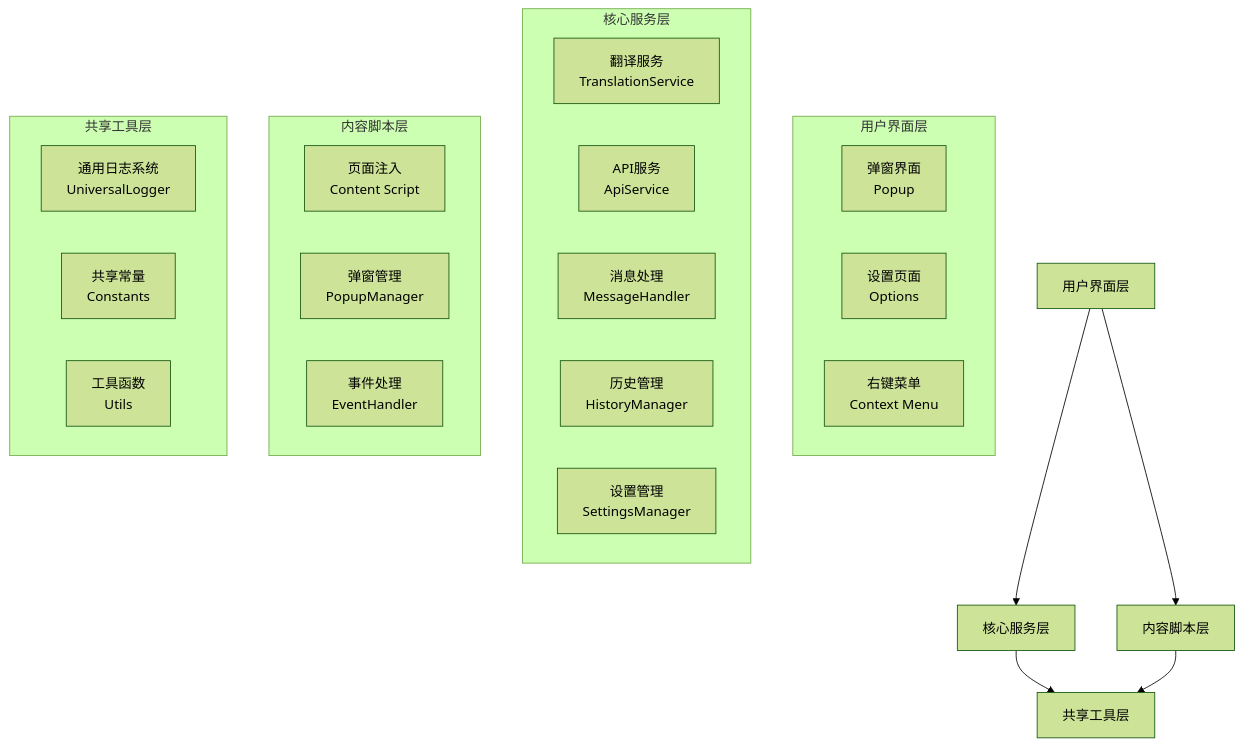
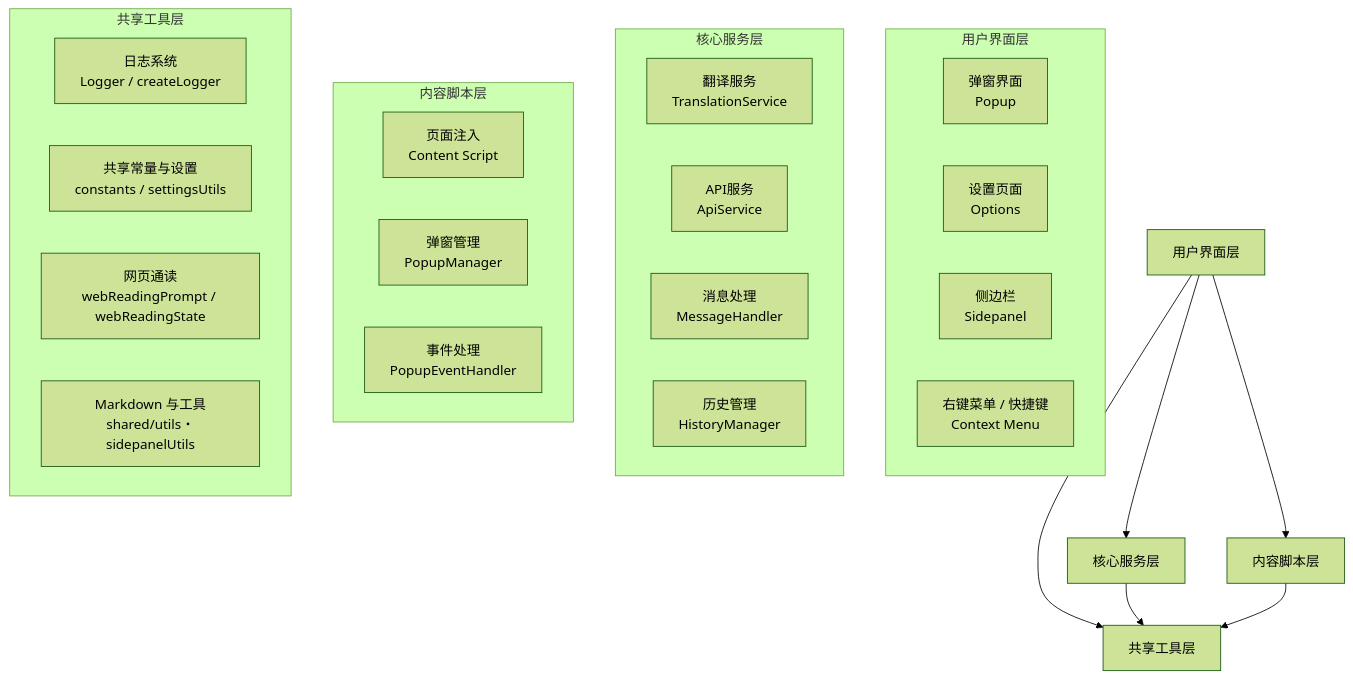
One commit to davidLi17/humanTextReact changed the diagram in CLAUDE.md. Above: the diagram before and after it, drawn with Mermaid (forest theme). The commit also changed other lines of this file and 8 other files, not shown here.

````diff
--- a/CLAUDE.md
+++ b/CLAUDE.md
@@ -16,33 +16,35 @@
 ```mermaid
 graph TB
     A[用户界面层] --> B[核心服务层]
     A --> C[内容脚本层]
-    B --> D[共享工具层]
+    A --> D[共享工具层]
+    B --> D
     C --> D
 
     subgraph "用户界面层"
         A1[弹窗界面<br/>Popup]
         A2[设置页面<br/>Options]
-        A3[右键菜单<br/>Context Menu]
+        A3[侧边栏<br/>Sidepanel]
+        A4[右键菜单 / 快捷键<br/>Context Menu]
     end
 
     subgraph "核心服务层"
         B1[翻译服务<br/>TranslationService]
         B2[API服务<br/>ApiService]
         B3[消息处理<br/>MessageHandler]
         B4[历史管理<br/>HistoryManager]
-        B5[设置管理<br/>SettingsManager]
     end
 
     subgraph "内容脚本层"
         C1[页面注入<br/>Content Script]
         C2[弹窗管理<br/>PopupManager]
-        C3[事件处理<br/>EventHandler]
+        C3[事件处理<br/>PopupEventHandler]
     end
 
     subgraph "共享工具层"
-        D1[通用日志系统<br/>UniversalLogger]
-        D2[共享常量<br/>Constants]
-        D3[工具函数<br/>Utils]
+        D1[日志系统<br/>Logger / createLogger]
+        D2[共享常量与设置<br/>constants / settingsUtils]
+        D3[网页通读<br/>webReadingPrompt / webReadingState]
+        D4[Markdown 与工具<br/>shared/utils・sidepanelUtils]
     end
 ```
````
